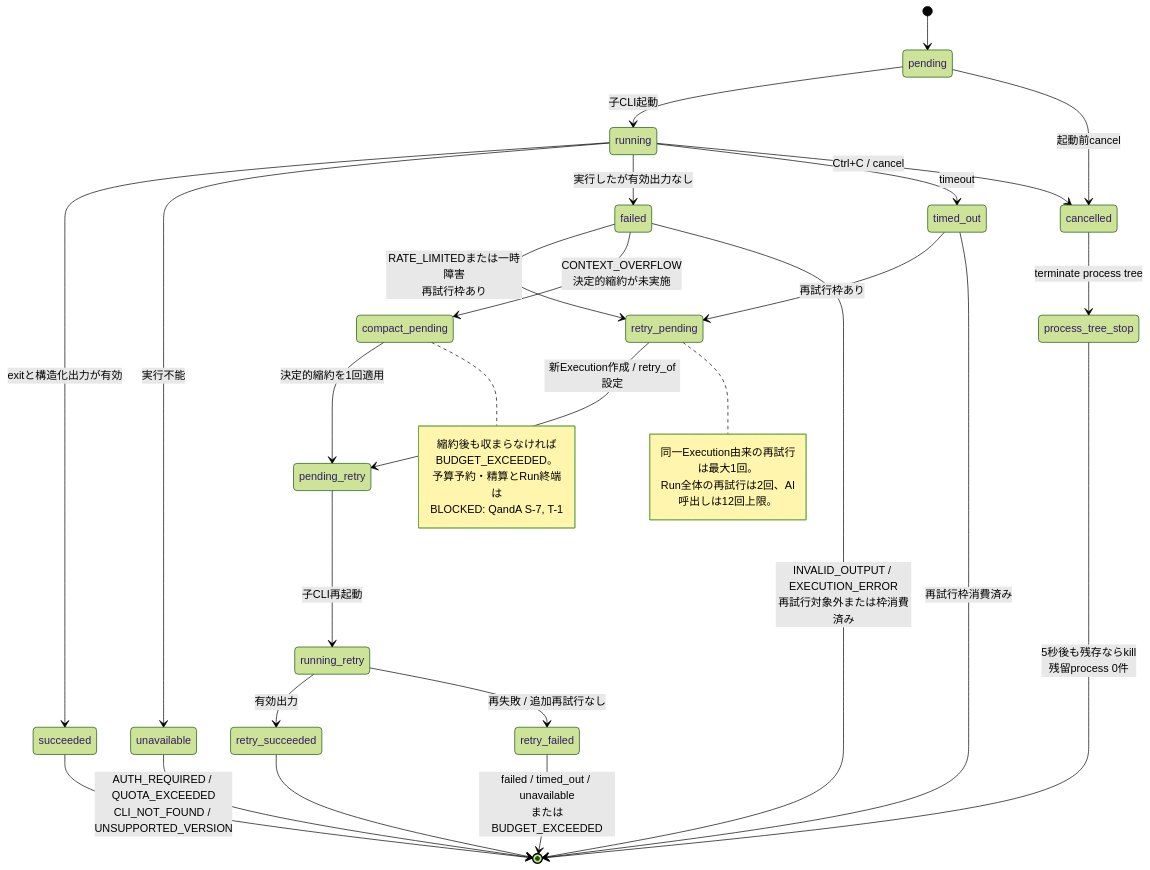
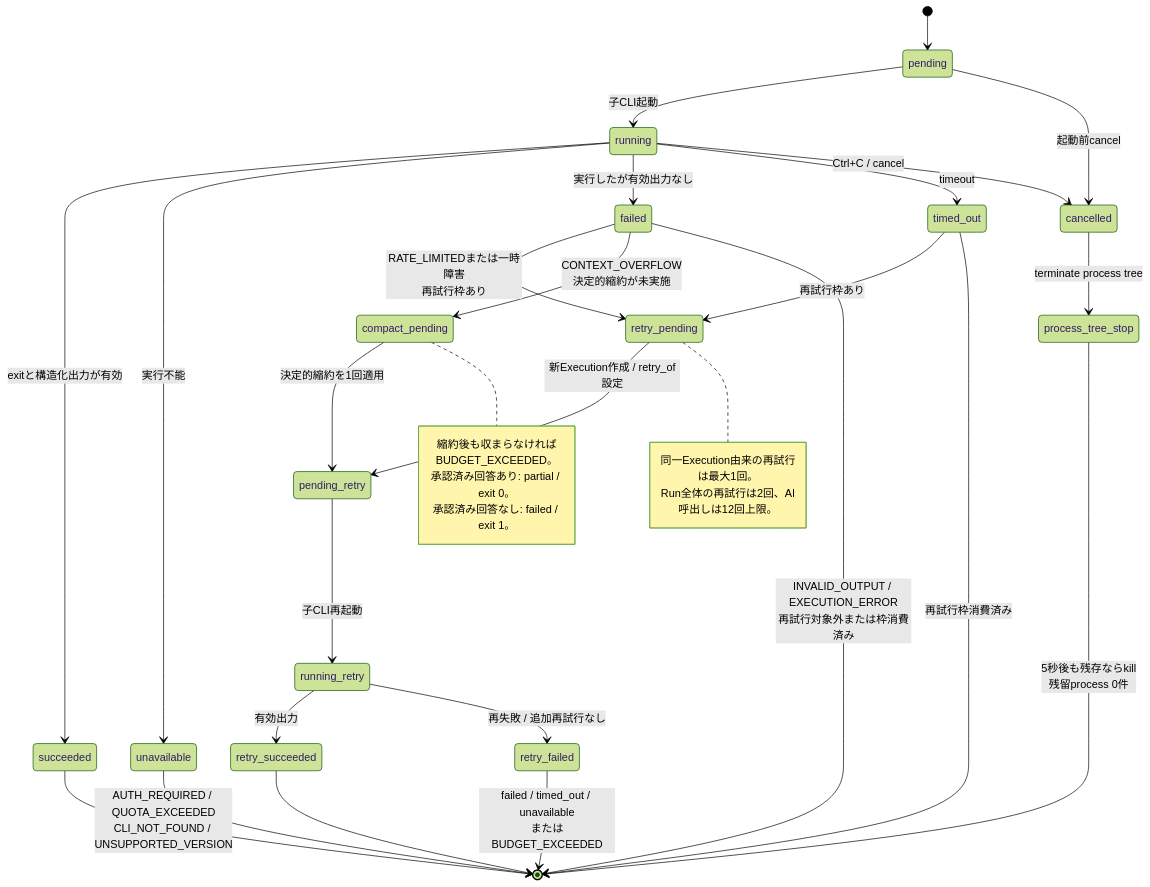
Before and after one commit to garyohosu/OracleCouncil: the third of 6 diagrams in STATE.md, drawn with Mermaid (forest theme). The commit also changed other lines of this file and 5 other files, not shown here.

````diff
--- a/STATE.md
+++ b/STATE.md
@@ -104,39 +107,39 @@
 ```mermaid
 stateDiagram-v2
     [*] --> pending
     pending --> running: 子CLI起動
     pending --> cancelled: 起動前cancel
 
     running --> succeeded: exitと構造化出力が有効
     running --> unavailable: 実行不能
     running --> failed: 実行したが有効出力なし
     running --> timed_out: timeout
     running --> cancelled: Ctrl+C / cancel
 
     unavailable --> [*]: AUTH_REQUIRED / QUOTA_EXCEEDED<br/>CLI_NOT_FOUND / UNSUPPORTED_VERSION
     failed --> retry_pending: RATE_LIMITEDまたは一時障害<br/>再試行枠あり
     timed_out --> retry_pending: 再試行枠あり
     failed --> compact_pending: CONTEXT_OVERFLOW<br/>決定的縮約が未実施
     retry_pending --> pending_retry: 新Execution作成 / retry_of設定
     compact_pending --> pending_retry: 決定的縮約を1回適用
     pending_retry --> running_retry: 子CLI再起動
     running_retry --> retry_succeeded: 有効出力
     running_retry --> retry_failed: 再失敗 / 追加再試行なし
     retry_succeeded --> [*]
     retry_failed --> [*]: failed / timed_out / unavailable<br/>またはBUDGET_EXCEEDED
     succeeded --> [*]
     failed --> [*]: INVALID_OUTPUT / EXECUTION_ERROR<br/>再試行対象外または枠消費済み
     timed_out --> [*]: 再試行枠消費済み
     cancelled --> process_tree_stop: terminate process tree
     process_tree_stop --> [*]: 5秒後も残存ならkill<br/>残留process 0件
 
     note right of retry_pending
       同一Execution由来の再試行は最大1回。
       Run全体の再試行は2回、AI呼出しは12回上限。
     end note
     note right of compact_pending
       縮約後も収まらなければBUDGET_EXCEEDED。
-      予算予約・精算とRun終端は
-      BLOCKED: QandA S-7, T-1
+      承認済み回答あり: partial / exit 0。
+      承認済み回答なし: failed / exit 1。
     end note
 ```
````
